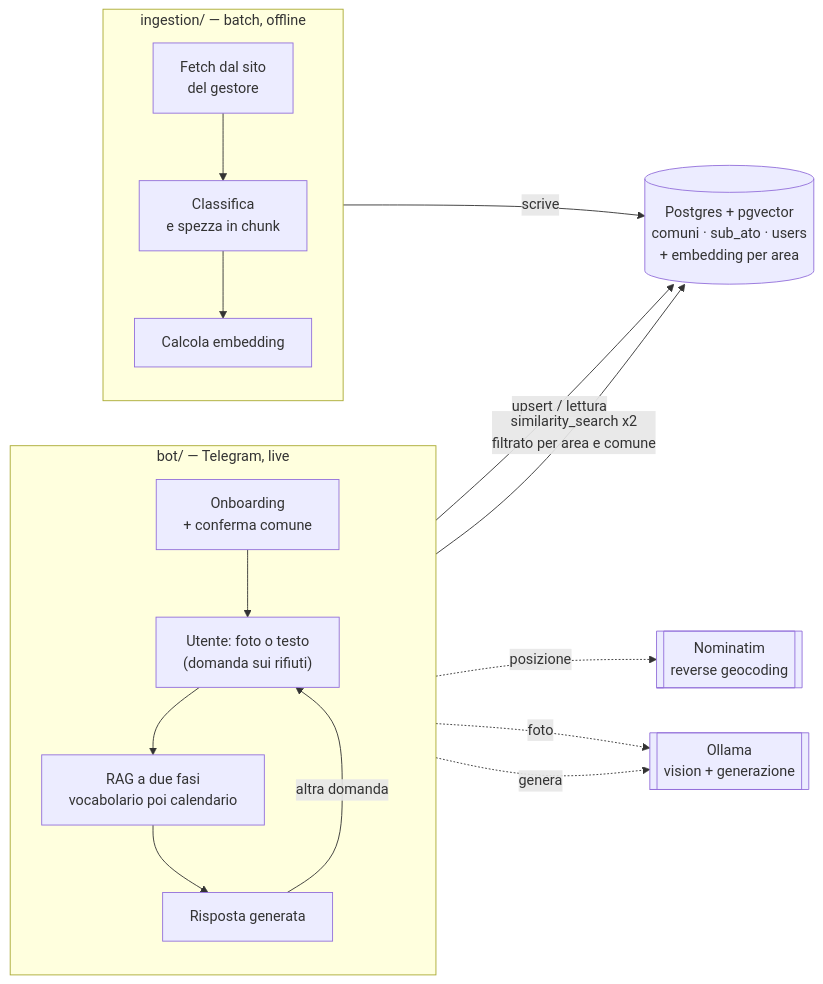
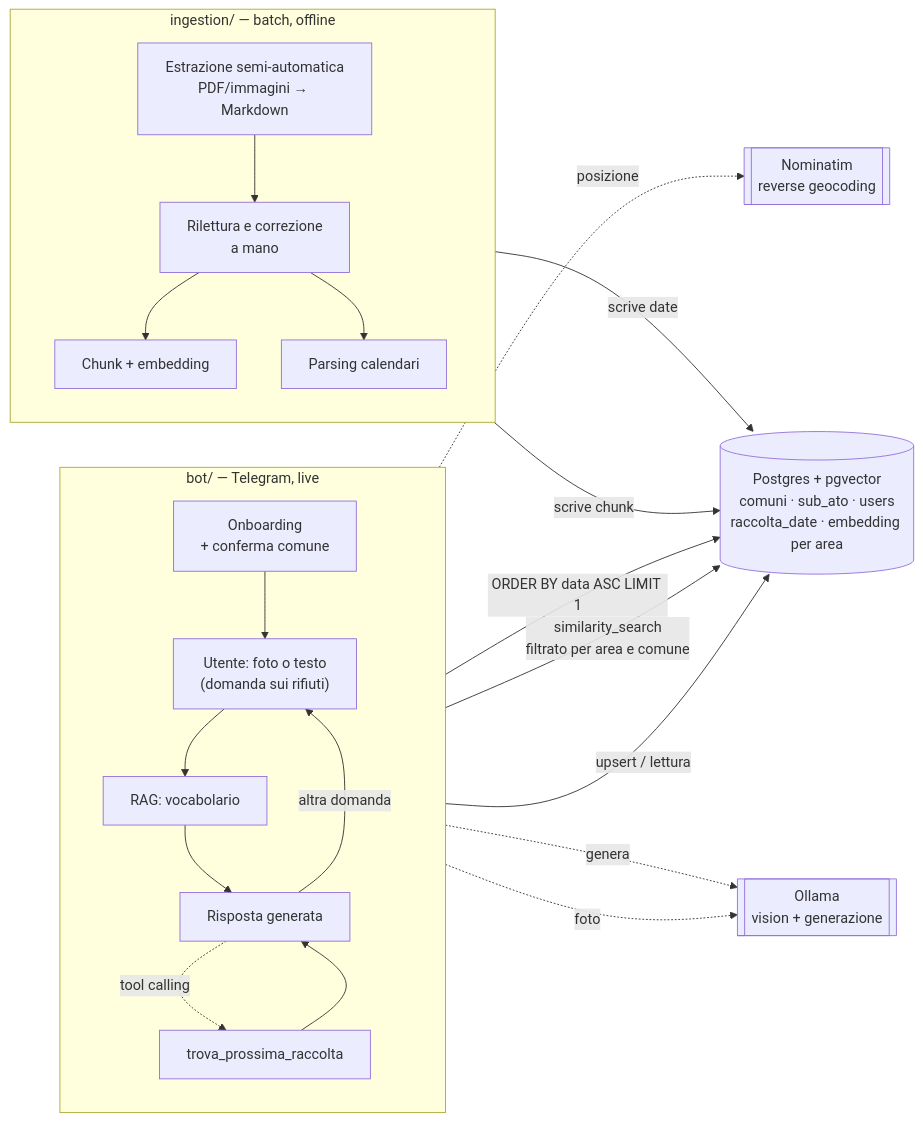
Before and after one commit to mattemindev/bordeus: the diagram in README.md, drawn with Mermaid. The commit also changed other lines of this file and 13 other files, not shown here.

Commit message:
feat!: new RAG + prompt engineering for tool calling + improved bot ux

````diff
--- a/README.md
+++ b/README.md
@@ -41,27 +51,32 @@
 ```mermaid
 flowchart LR
     subgraph offline["ingestion/ — batch, offline"]
         direction TB
-        A1["Fetch dal sito<br/>del gestore"] --> A2["Classifica<br/>e spezza in chunk"]
-        A2 --> A3["Calcola embedding"]
+        A1["Estrazione semi-automatica<br/>PDF/immagini → Markdown"] --> A2["Rilettura e correzione<br/>a mano"]
+        A2 --> A3["Chunk + embedding"]
+        A2 --> A4["Parsing calendari"]
     end
 
     subgraph online["bot/ — Telegram, live"]
         direction TB
         B1["Onboarding<br/>+ conferma comune"] --> B2["Utente: foto o testo<br/>(domanda sui rifiuti)"]
-        B2 --> B3["RAG a due fasi<br/>vocabolario poi calendario"]
+        B2 --> B3["RAG: vocabolario"]
         B3 --> B4["Risposta generata"]
+        B4 -.->|"tool calling"| B5["trova_prossima_raccolta"]
+        B5 --> B4
     end
 
-    DB[("Postgres + pgvector<br/>comuni · sub_ato · users<br/>+ embedding per area")]
+    DB[("Postgres + pgvector<br/>comuni · sub_ato · users<br/>raccolta_date · embedding per area")]
     Ollama[["Ollama<br/>vision + generazione"]]
     Nominatim[["Nominatim<br/>reverse geocoding"]]
 
-    A3 -->|scrive| DB
+    A3 -->|scrive chunk| DB
+    A4 -->|scrive date| DB
     B1 -->|upsert / lettura| DB
-    B3 -->|similarity_search x2<br/>filtrato per area e comune| DB
+    B3 -->|similarity_search<br/>filtrato per area e comune| DB
+    B5 -->|"ORDER BY data ASC LIMIT 1"| DB
     B1 -.->|posizione| Nominatim
     B2 -.->|foto| Ollama
     B4 -.->|genera| Ollama
     B4 -->|altra domanda| B2
 ```
````
